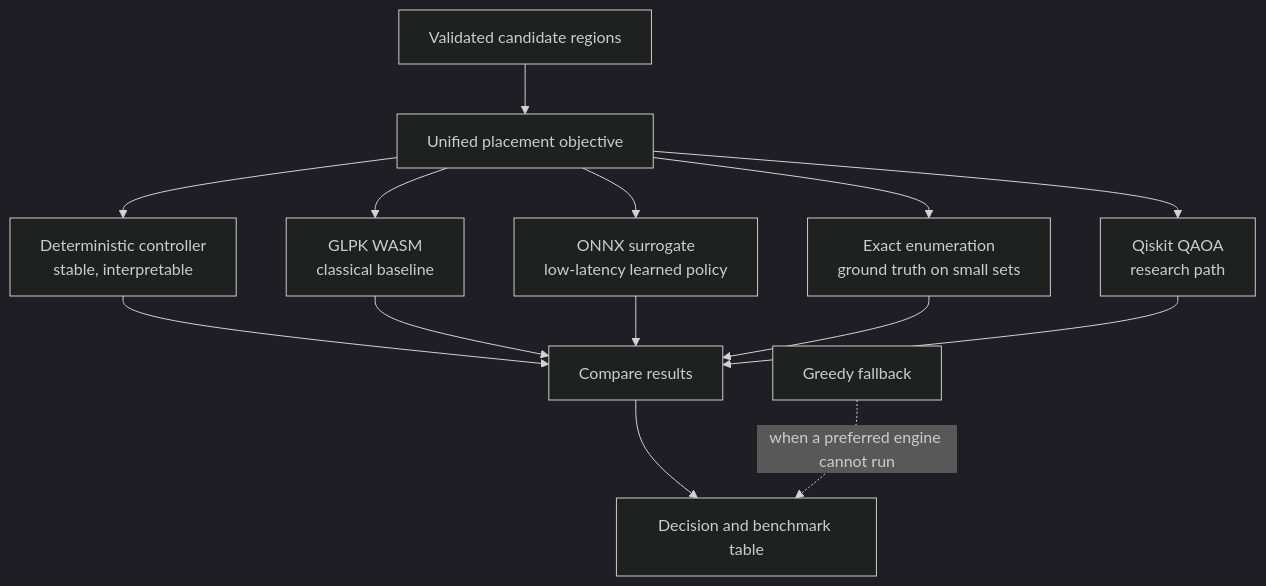
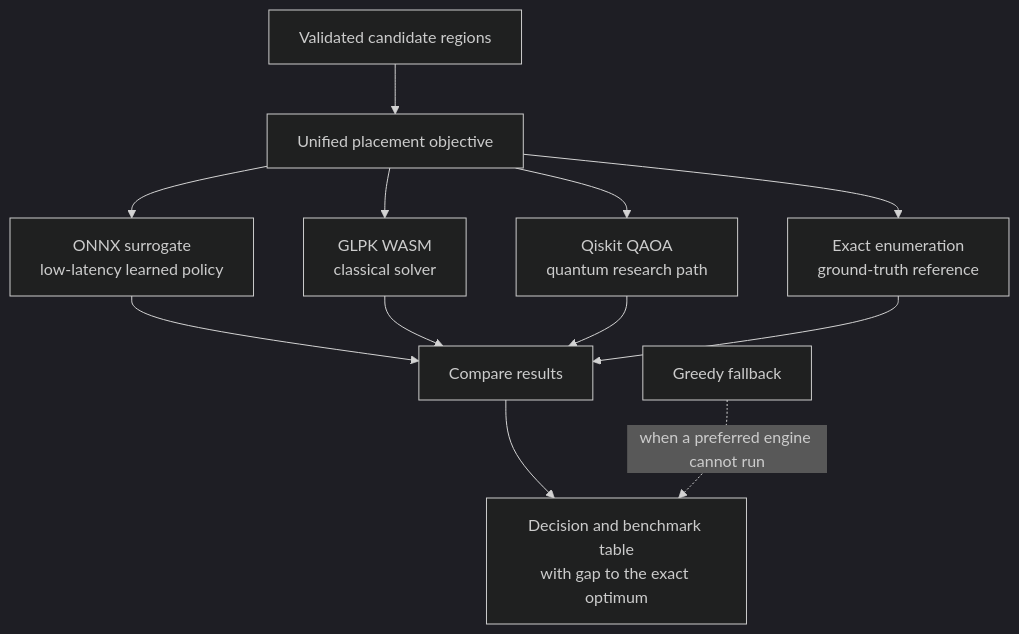
The second of 8 diagrams in README.md (prantikchanda21/Carbon-Ledger), drawn with Mermaid (dark theme) before and after one commit. The commit also changed other lines of this file, not shown here.

````diff
--- a/README.md
+++ b/README.md
@@ -179,16 +179,14 @@
 ```mermaid
 flowchart TB
     INPUT["Validated candidate regions"] --> OBJ["Unified placement objective"]
-    OBJ --> E1["Deterministic controller<br/>stable, interpretable"]
-    OBJ --> E2["GLPK WASM<br/>classical baseline"]
-    OBJ --> E3["ONNX surrogate<br/>low-latency learned policy"]
-    OBJ --> E4["Exact enumeration<br/>ground truth on small sets"]
-    OBJ --> E5["Qiskit QAOA<br/>research path"]
+    OBJ --> E1["ONNX surrogate<br/>low-latency learned policy"]
+    OBJ --> E2["GLPK WASM<br/>classical solver"]
+    OBJ --> E3["Qiskit QAOA<br/>quantum research path"]
+    OBJ --> REF["Exact enumeration<br/>ground-truth reference"]
     E1 --> CMP["Compare results"]
     E2 --> CMP
     E3 --> CMP
-    E4 --> CMP
-    E5 --> CMP
-    CMP --> DEC["Decision and benchmark table"]
+    REF --> CMP
+    CMP --> DEC["Decision and benchmark table<br/>with gap to the exact optimum"]
     FB["Greedy fallback"] -.->|"when a preferred engine cannot run"| DEC
 ```
````
